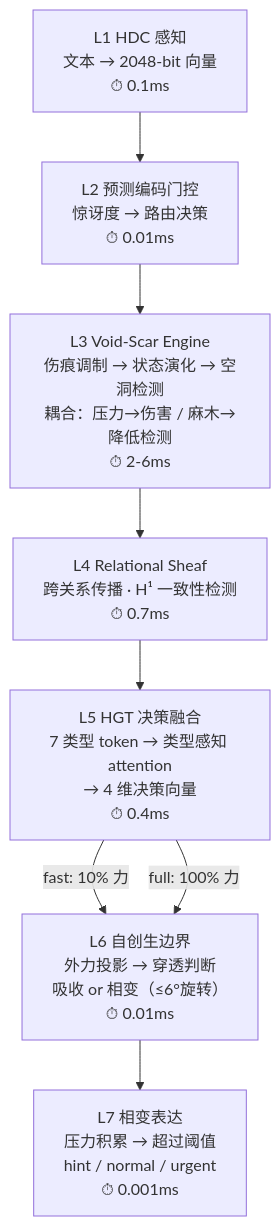
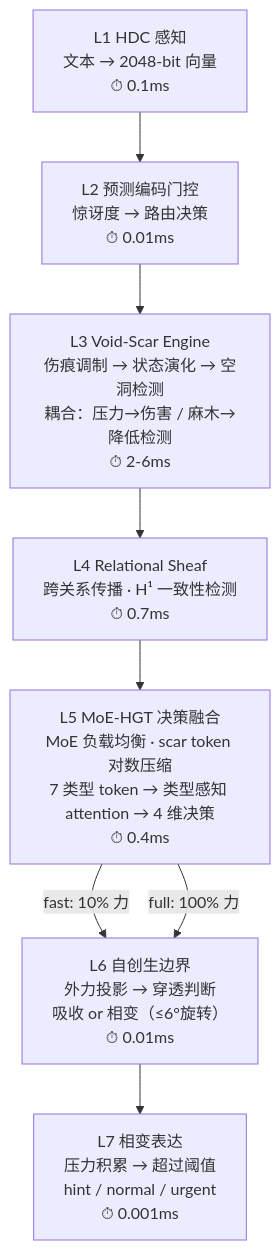
The third of 5 diagrams in README.md (Ayleovelle/astrbot_plugin_sylanne), drawn with Mermaid before and after one commit. The commit also changed other lines of this file and 1 other file, not shown here.

Commit message:
docs: README 全面修正 — MoE-HGT、Embodiment 五维、对比表更新

````diff
--- a/README.md
+++ b/README.md
@@ -212,10 +212,10 @@
 ```mermaid
 flowchart TD
     L1["L1 HDC 感知<br/>文本 → 2048-bit 向量<br/>⏱ 0.1ms"] --> L2["L2 预测编码门控<br/>惊讶度 → 路由决策<br/>⏱ 0.01ms"]
     L2 --> L3["L3 Void-Scar Engine<br/>伤痕调制 → 状态演化 → 空洞检测<br/>耦合：压力→伤害 / 麻木→降低检测<br/>⏱ 2-6ms"]
     L3 --> L4["L4 Relational Sheaf<br/>跨关系传播 · H¹ 一致性检测<br/>⏱ 0.7ms"]
-    L4 --> L5["L5 HGT 决策融合<br/>7 类型 token → 类型感知 attention<br/>→ 4 维决策向量<br/>⏱ 0.4ms"]
+    L4 --> L5["L5 MoE-HGT 决策融合<br/>MoE 负载均衡 · scar token 对数压缩<br/>7 类型 token → 类型感知 attention → 4 维决策<br/>⏱ 0.4ms"]
     L5 -->|"fast: 10% 力"| L6["L6 自创生边界<br/>外力投影 → 穿透判断<br/>吸收 or 相变（≤6°旋转）<br/>⏱ 0.01ms"]
     L5 -->|"full: 100% 力"| L6
     L6 --> L7["L7 相变表达<br/>压力积累 → 超过阈值<br/>hint / normal / urgent<br/>⏱ 0.001ms"]
 ```
````
